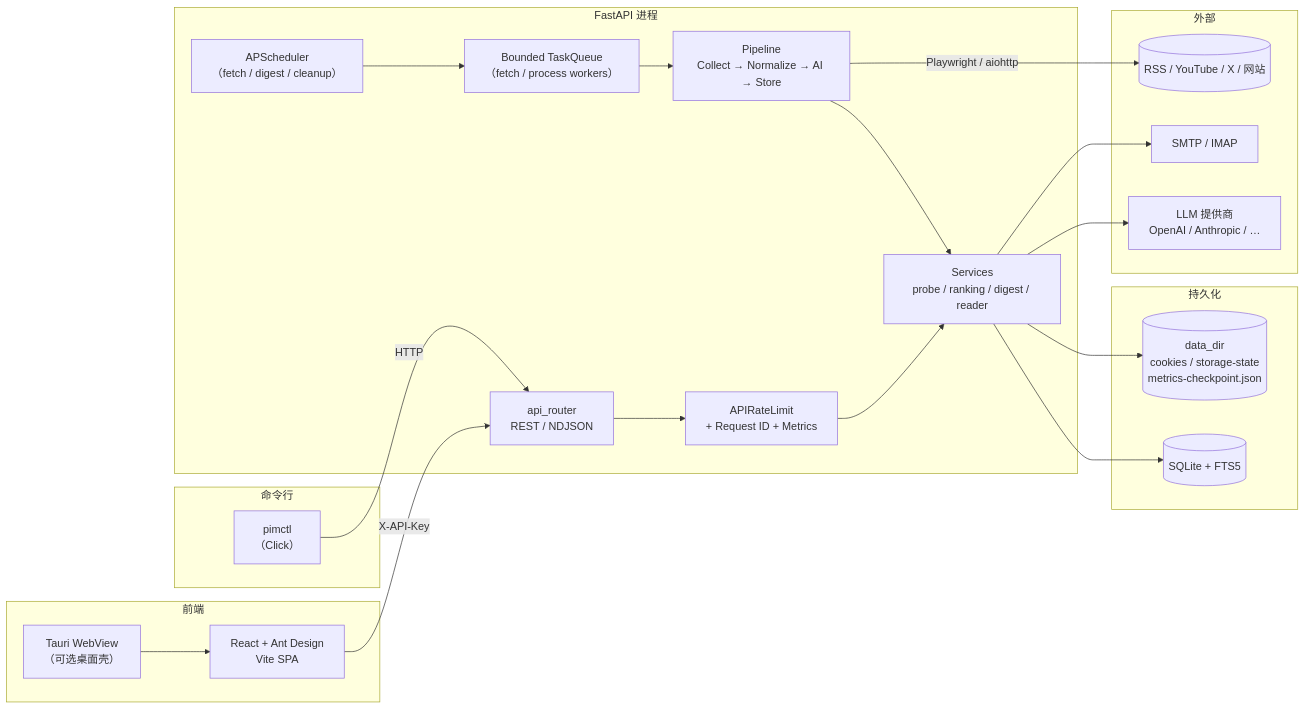
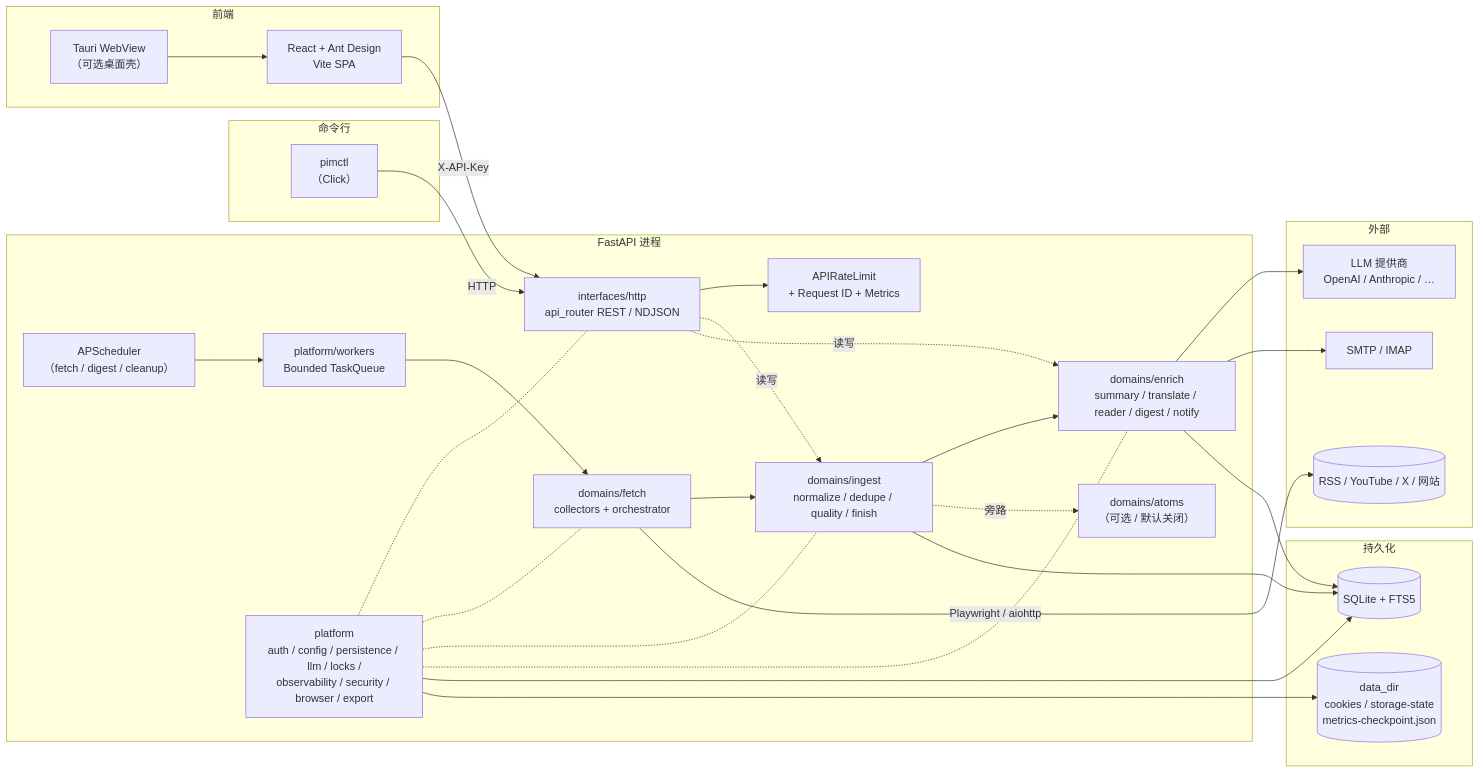
Before and after one commit to wangbubu2023/personal-info-monitor: the first of 4 diagrams in docs/ARCHITECTURE.md, drawn with Mermaid. The commit also changed other lines of this file and 20 other files, not shown here.

````diff
--- a/docs/ARCHITECTURE.md
+++ b/docs/ARCHITECTURE.md
@@ -15,43 +17,56 @@
 ```mermaid
 flowchart LR
   subgraph UI[前端]
     FE[React + Ant Design<br/>Vite SPA]
     TAURI[Tauri WebView<br/>（可选桌面壳）]
   end
 
   subgraph CLI[命令行]
     PIMCTL[pimctl<br/>（Click）]
   end
 
   subgraph BACKEND[FastAPI 进程]
-    API[api_router<br/>REST / NDJSON]
+    API[interfaces/http<br/>api_router REST / NDJSON]
     MIDDLE[APIRateLimit<br/>+ Request ID + Metrics]
     SCHED[APScheduler<br/>（fetch / digest / cleanup）]
-    QUEUE[Bounded TaskQueue<br/>（fetch / process workers）]
-    PIPE[Pipeline<br/>Collect → Normalize → AI → Store]
-    SVC[Services<br/>probe / ranking / digest / reader]
+    QUEUE[platform/workers<br/>Bounded TaskQueue]
+    FETCH[domains/fetch<br/>collectors + orchestrator]
+    INGEST[domains/ingest<br/>normalize / dedupe / quality / finish]
+    ENRICH[domains/enrich<br/>summary / translate / reader / digest / notify]
+    ATOMS[domains/atoms<br/>（可选 / 默认关闭）]
+    PLAT[platform<br/>auth / config / persistence / llm / locks /<br/>observability / security / browser / export]
   end
 
   subgraph DATA[持久化]
     DB[(SQLite + FTS5)]
     FS[(data_dir<br/>cookies / storage-state<br/>metrics-checkpoint.json)]
   end
 
   subgraph EXT[外部]
     SRC[(RSS / YouTube / X / 网站)]
     LLM[LLM 提供商<br/>OpenAI / Anthropic / …]
     MAIL[SMTP / IMAP]
   end
 
   FE -->|X-API-Key| API
   TAURI --> FE
   PIMCTL -->|HTTP| API
 
-  API --> MIDDLE --> SVC
-  SCHED --> QUEUE --> PIPE --> SVC
-  PIPE -->|Playwright / aiohttp| SRC
-  SVC --> DB
-  SVC --> FS
-  SVC --> LLM
-  SVC --> MAIL
+  API --> MIDDLE
+  SCHED --> QUEUE
+  QUEUE --> FETCH --> INGEST --> ENRICH
+  INGEST -. 旁路 .-> ATOMS
+  FETCH -->|Playwright / aiohttp| SRC
+  ENRICH --> LLM
+  ENRICH --> MAIL
+  API -. 读写 .-> INGEST
+  API -. 读写 .-> ENRICH
+  INGEST --> DB
+  ENRICH --> DB
+  PLAT -.- API
+  PLAT -.- FETCH
+  PLAT -.- INGEST
+  PLAT -.- ENRICH
+  PLAT --> DB
+  PLAT --> FS
 ```
````
